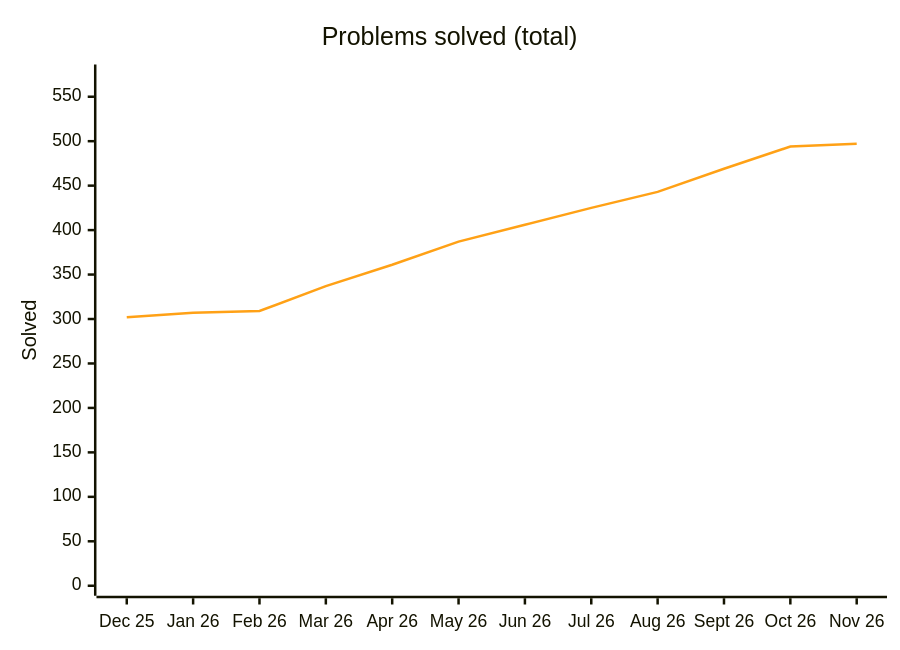
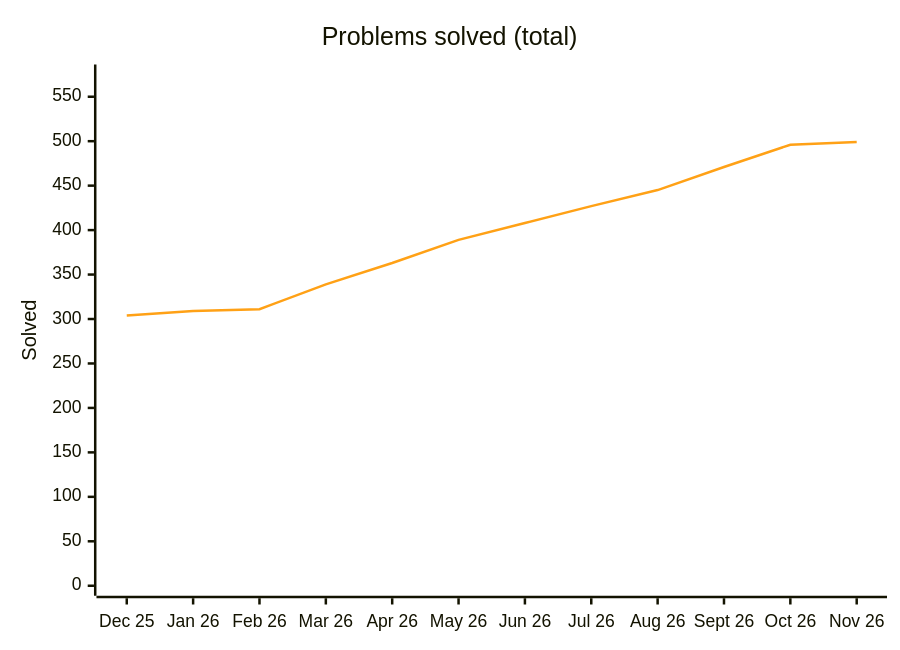
Before and after one commit to Ved-u/Java-DSA: the diagram in README.md, drawn with Mermaid. The commit also changed other lines of this file and 3 other files, not shown here.

````diff
--- a/README.md
+++ b/README.md
@@ -53,8 +53,8 @@
 ```mermaid
 %%{init: {"themeVariables": {"xyChart": {"plotColorPalette": "#ffa116"}}}}%%
 xychart-beta
     title "Problems solved (total)"
     x-axis ["Dec 25", "Jan 26", "Feb 26", "Mar 26", "Apr 26", "May 26", "Jun 26", "Jul 26", "Aug 26", "Sept 26", "Oct 26", "Nov 26"]
     y-axis "Solved" 0 --> 575
-    line [302, 307, 309, 337, 361, 387, 406, 425, 443, 469, 494, 497]
+    line [304, 309, 311, 339, 363, 389, 408, 427, 445, 471, 496, 499]
 ```
````
